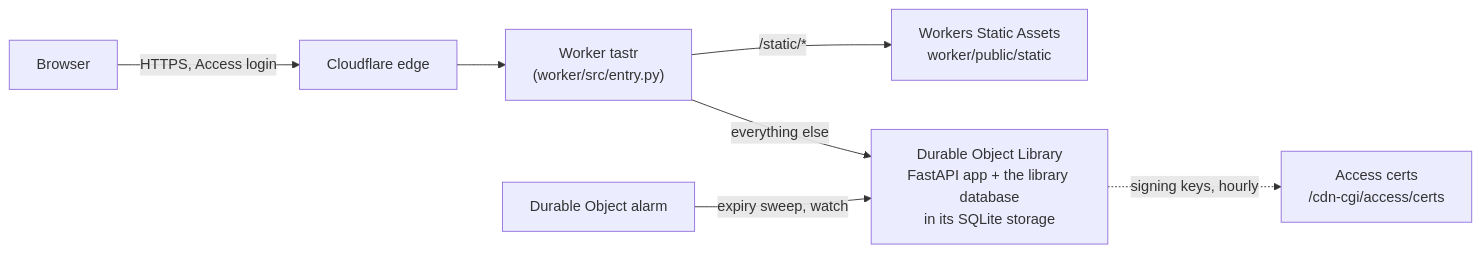
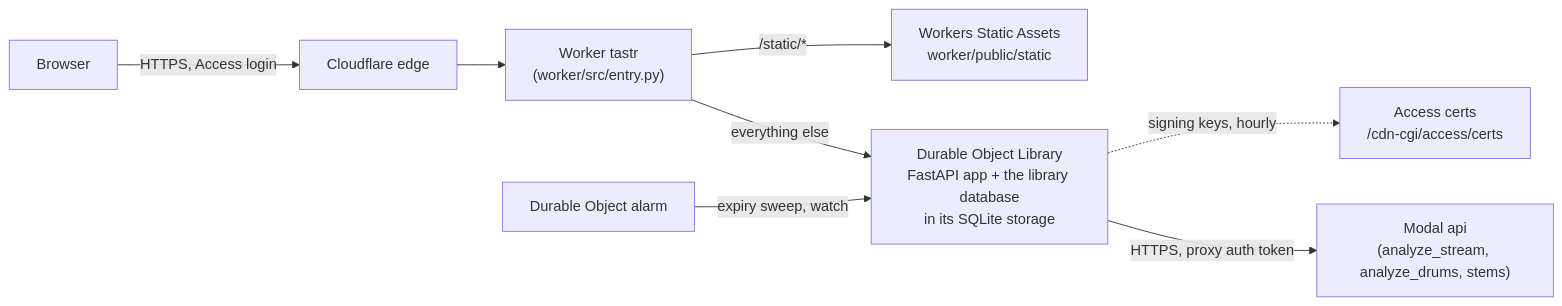
The third of 3 diagrams in docs/hosting-map.md (pocketIlmatto/tastr), drawn with Mermaid before and after one commit. The commit also changed other lines of this file and 8 other files, not shown here.

First line of the commit message:
Call Modal over HTTPS from the Worker (TAS-84 part 4) (#105)

````diff
--- a/docs/hosting-map.md
+++ b/docs/hosting-map.md
@@ -294,9 +295,10 @@
 ```mermaid
 flowchart LR
     B[Browser] -->|HTTPS, Access login| CF[Cloudflare edge]
     CF --> W["Worker tastr<br/>(worker/src/entry.py)"]
     W -->|/static/*| SA[Workers Static Assets<br/>worker/public/static]
     W -->|everything else| DO["Durable Object Library<br/>FastAPI app + the library database<br/>in its SQLite storage"]
     DO -.->|signing keys, hourly| AK[Access certs<br/>/cdn-cgi/access/certs]
     AL[Durable Object alarm] -->|expiry sweep, watch| DO
+    DO -->|HTTPS, proxy auth token| MA["Modal api<br/>(analyze_stream, analyze_drums, stems)"]
 ```
````
